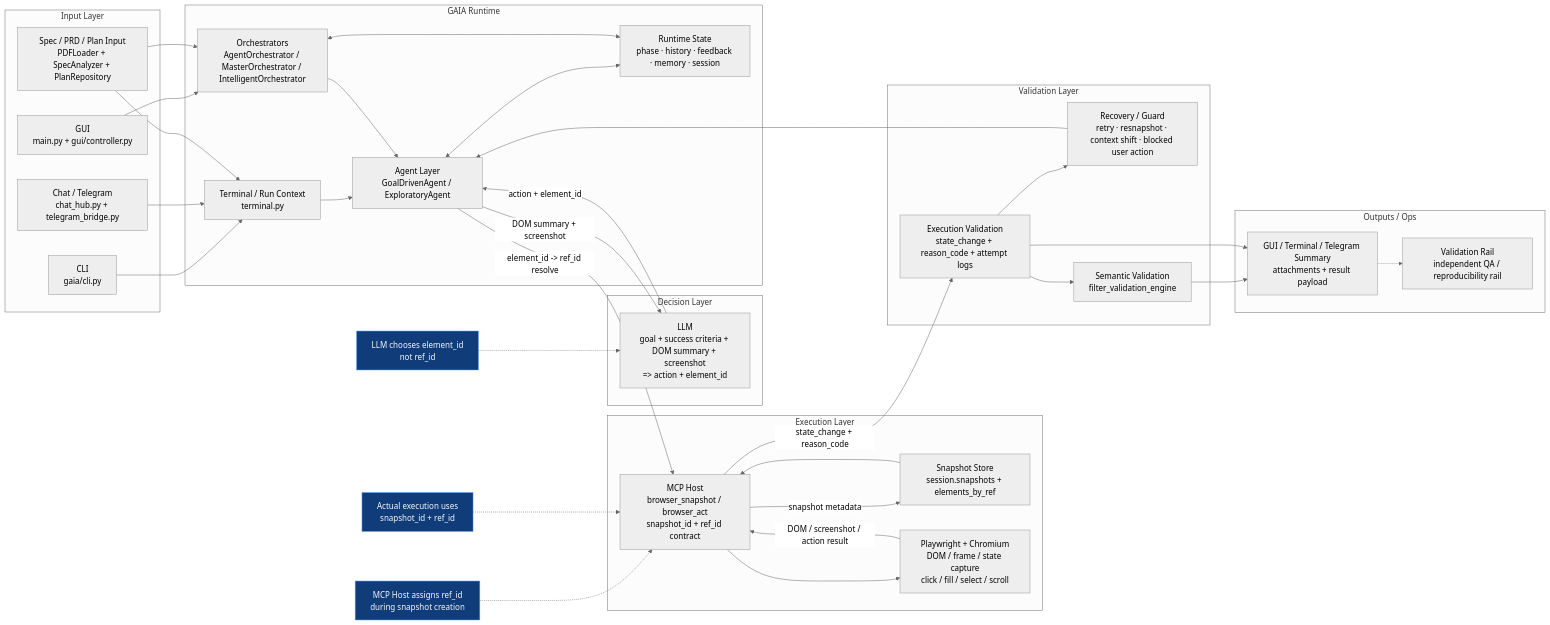
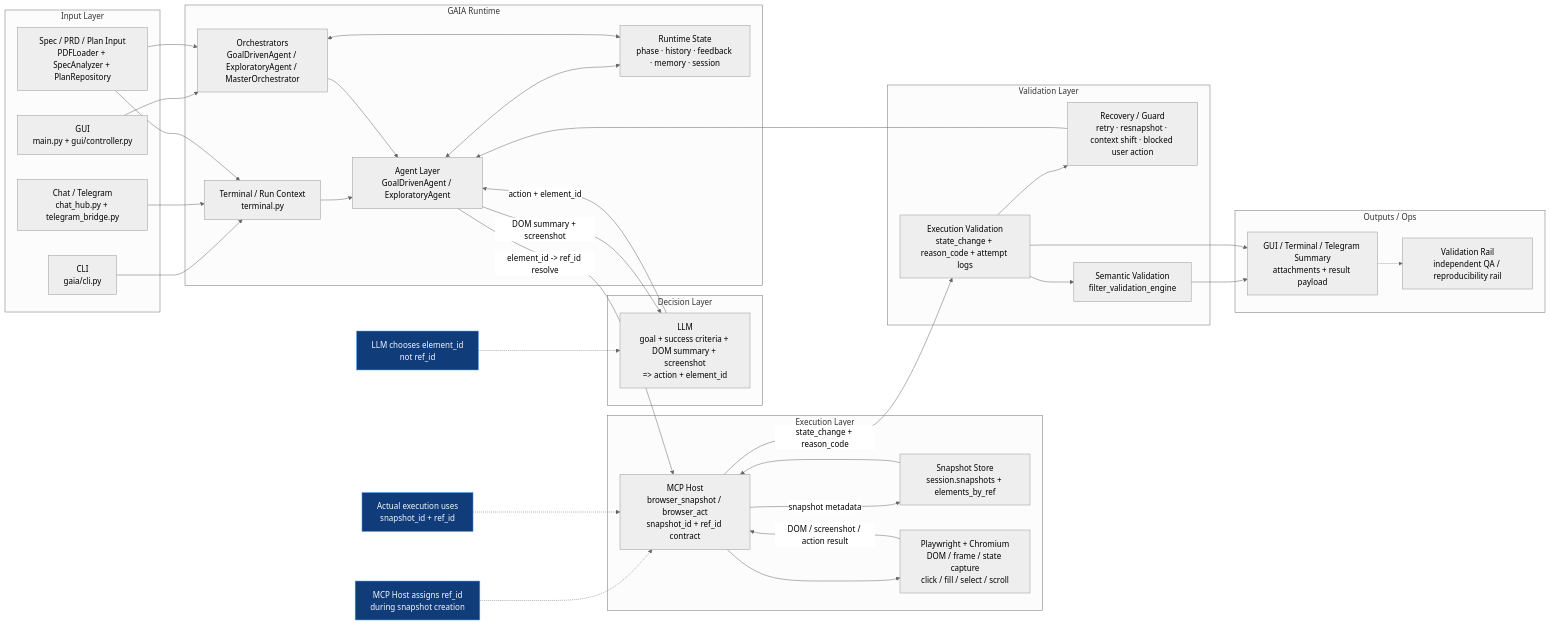
One commit to capston2025/capston changed the diagram in gaia/docs/architecture/gaia-component-diagram.mmd. Above: the diagram before and after it, drawn with Mermaid (neutral theme). The commit also changed 2777 other files, not shown here.

```diff
--- a/gaia/docs/architecture/gaia-component-diagram.mmd
+++ b/gaia/docs/architecture/gaia-component-diagram.mmd
@@ -1,73 +1,73 @@
 flowchart LR
     subgraph INPUT["Input Layer"]
         CLI["CLI<br/>gaia/cli.py"]
         GUI["GUI<br/>main.py + gui/controller.py"]
         TG["Chat / Telegram<br/>chat_hub.py + telegram_bridge.py"]
         DOC["Spec / PRD / Plan Input<br/>PDFLoader + SpecAnalyzer + PlanRepository"]
     end
 
     subgraph RUNTIME["GAIA Runtime"]
         TERM["Terminal / Run Context<br/>terminal.py"]
         AGENT["Agent Layer<br/>GoalDrivenAgent / ExploratoryAgent"]
-        ORCH["Orchestrators<br/>AgentOrchestrator / MasterOrchestrator / IntelligentOrchestrator"]
+        ORCH["Orchestrators<br/>GoalDrivenAgent / ExploratoryAgent / MasterOrchestrator"]
         STATE["Runtime State<br/>phase · history · feedback · memory · session"]
     end
 
     subgraph DECISION["Decision Layer"]
         LLM["LLM<br/>goal + success criteria + DOM summary + screenshot<br/>=> action + element_id"]
     end
 
     subgraph EXEC["Execution Layer"]
         MCP["MCP Host<br/>browser_snapshot / browser_act<br/>snapshot_id + ref_id contract"]
         SNAP["Snapshot Store<br/>session.snapshots + elements_by_ref"]
         PW["Playwright + Chromium<br/>DOM / frame / state capture<br/>click / fill / select / scroll"]
     end
 
     subgraph VALID["Validation Layer"]
         VERIFY["Execution Validation<br/>state_change + reason_code + attempt logs"]
         RECOVER["Recovery / Guard<br/>retry · resnapshot · context shift · blocked user action"]
         SEM["Semantic Validation<br/>filter_validation_engine"]
     end
 
     subgraph OUTPUT["Outputs / Ops"]
         REPORT["GUI / Terminal / Telegram Summary<br/>attachments + result payload"]
         RAIL["Validation Rail<br/>independent QA / reproducibility rail"]
     end
 
     CLI --> TERM
     GUI --> ORCH
     TG --> TERM
     DOC --> TERM
     DOC --> ORCH
 
     TERM --> AGENT
     ORCH --> AGENT
     AGENT <--> STATE
     ORCH <--> STATE
 
     AGENT -->|"DOM summary + screenshot"| LLM
     LLM -->|"action + element_id"| AGENT
 
     AGENT -->|"element_id -> ref_id resolve"| MCP
     MCP -->|"snapshot metadata"| SNAP
     SNAP --> MCP
     MCP --> PW
     PW -->|"DOM / screenshot / action result"| MCP
 
     MCP -->|"state_change + reason_code"| VERIFY
     VERIFY --> RECOVER
     VERIFY --> SEM
     RECOVER --> AGENT
     SEM --> REPORT
     VERIFY --> REPORT
     REPORT -.-> RAIL
 
     NOTE1["LLM chooses element_id<br/>not ref_id"]:::note
     NOTE2["MCP Host assigns ref_id<br/>during snapshot creation"]:::note
     NOTE3["Actual execution uses<br/>snapshot_id + ref_id"]:::note
 
     NOTE1 -.-> LLM
     NOTE2 -.-> MCP
     NOTE3 -.-> MCP
 
     classDef note fill:#113C7A,color:#F5FAFF,stroke:#58A6FF,stroke-width:1px;
```
